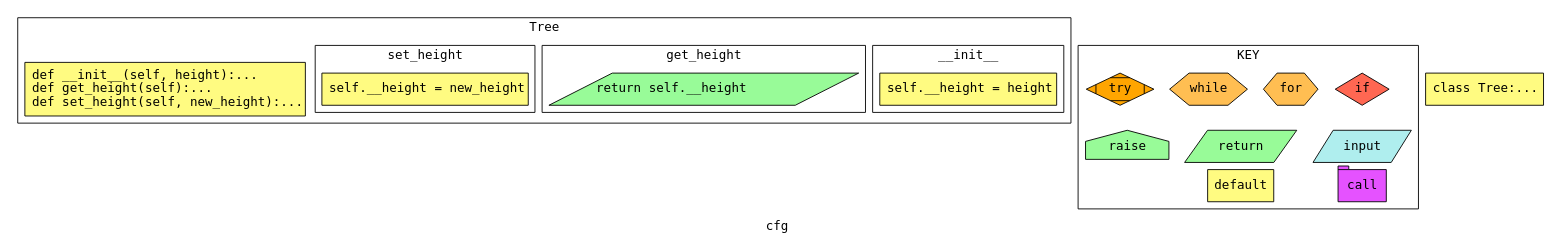
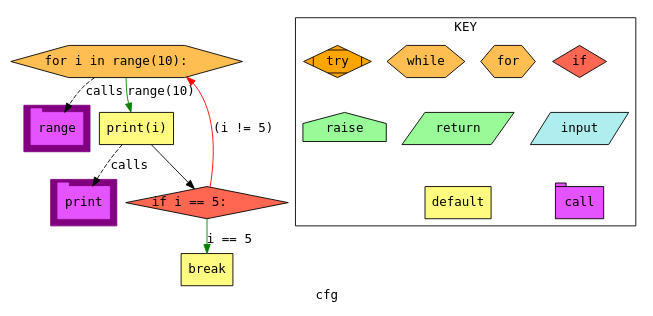
Before and after one commit to vierifirdaus/Tugas_Akhir: the diagram in testing/output/cfg.dot, drawn with Graphviz. The commit also changed 12 other files, not shown here.

```diff
--- a/testing/output/cfg.dot
+++ b/testing/output/cfg.dot
@@ -1,187 +1,184 @@
 digraph cluster0cfg {
-	graph [bb="0,0,1383.8,259.62",
+	graph [bb="0,0,610,342.25",
 		compound=True,
 		fontname="DejaVu Sans Mono",
 		label=cfg,
 		lheight=0.24,
-		lp="691.88,12.625",
+		lp="305,12.625",
 		lwidth=0.26,
 		pack=False,
 		rankdir=TB,
 		ranksep=0.02
 	];
 	node [fontname="DejaVu Sans Mono",
 		label="\N"
 	];
 	edge [fontname="DejaVu Sans Mono"];
-	subgraph cluster0Tree {
-		graph [bb="103.75,129.25,1033.8,251.62",
-			compound=True,
+	subgraph cluster_1 {
+		graph [bb="8,179.75,78,231.75",
+			color=purple,
+			compound=true,
 			fontname="DejaVu Sans Mono",
-			label=Tree,
-			lheight=0.24,
-			lp="568.75,239",
-			lwidth=0.38,
-			pack=False,
+			label="",
 			rankdir=TB,
-			ranksep=0.02
+			ranksep=0.02,
+			shape=tab,
+			style=filled
 		];
 		node [fontname="DejaVu Sans Mono"];
 		edge [fontname="DejaVu Sans Mono"];
-		subgraph cluster0__init__ {
-			graph [bb="111.75,141.12,277.75,218.38",
-				compound=True,
-				fontname="DejaVu Sans Mono",
-				label=__init__,
-				lheight=0.24,
-				lp="194.75,205.75",
-				lwidth=0.67,
-				pack=False,
-				rankdir=TB,
-				ranksep=0.02
-			];
-			node [fontname="DejaVu Sans Mono"];
-			edge [fontname="DejaVu Sans Mono"];
-			5	[fillcolor="#FFFB81",
-				height=0.5,
-				label="self.__height = height\l",
-				pos="194.75,167.12",
-				shape=rectangle,
-				style="filled,solid",
-				width=2.0764];
-		}
-		subgraph cluster0get_height {
-			graph [bb="285.75,141.12,577.75,218.38",
-				compound=True,
-				fontname="DejaVu Sans Mono",
-				label=get_height,
-				lheight=0.24,
-				lp="431.75,205.75",
-				lwidth=0.90,
-				pack=False,
-				rankdir=TB,
-				ranksep=0.02
-			];
-			node [fontname="DejaVu Sans Mono"];
-			edge [fontname="DejaVu Sans Mono"];
-			8	[fillcolor="#98fb98",
-				height=0.5,
-				label="return self.__height\l",
-				pos="431.75,167.12",
-				shape=parallelogram,
-				style="filled,solid",
-				width=3.8426];
-		}
-		subgraph cluster0set_height {
-			graph [bb="585.75,141.12,783.75,218.38",
-				compound=True,
-				fontname="DejaVu Sans Mono",
-				label=set_height,
-				lheight=0.24,
-				lp="684.75,205.75",
-				lwidth=0.88,
-				pack=False,
-				rankdir=TB,
-				ranksep=0.02
-			];
-			node [fontname="DejaVu Sans Mono"];
-			edge [fontname="DejaVu Sans Mono"];
-			12	[fillcolor="#FFFB81",
-				height=0.5,
-				label="self.__height = new_height\l",
-				pos="684.75,167.12",
-				shape=rectangle,
-				style="filled,solid",
-				width=2.5347];
-		}
-		3	[fillcolor="#FFFB81",
-			height=0.82986,
-			label="def __init__(self, height):...\ldef get_height(self):...\ldef set_height(self, new_height):...\l",
-			pos="909.75,167.12",
-			shape=rectangle,
-			style="filled,solid",
-			width=3.2118];
+		2	[color="#E552FF",
+			height=0.5,
+			label=range,
+			pos="43,205.75",
+			shape=tab,
+			style=filled,
+			width=0.75];
+	}
+	subgraph cluster_3 {
+		graph [bb="34,94.5,104,146.5",
+			color=purple,
+			compound=true,
+			fontname="DejaVu Sans Mono",
+			label="",
+			rankdir=TB,
+			ranksep=0.02,
+			shape=tab,
+			style=filled
+		];
+		node [fontname="DejaVu Sans Mono"];
+		edge [fontname="DejaVu Sans Mono"];
+		5	[color="#E552FF",
+			height=0.5,
+			label=print,
+			pos="69,120.5",
+			shape=tab,
+			style=filled,
+			width=0.75];
 	}
 	subgraph cluster_KEY {
-		graph [bb="1041.8,33.25,1375.8,218.38",
+		graph [bb="268,94.5,602,334.25",
 			fontname="DejaVu Sans Mono",
 			label=KEY,
 			lheight=0.24,
-			lp="1208.8,205.75",
+			lp="435,321.62",
 			lwidth=0.33
 		];
 		node [fontname="DejaVu Sans Mono"];
 		edge [fontname="DejaVu Sans Mono"];
 		input	[fillcolor="#afeeee",
 			height=0.5,
-			pos="1096.8,103.25",
+			pos="323,205.75",
 			shape=parallelogram,
 			style=filled,
 			width=1.3142];
 		call	[fillcolor="#E552FF",
 			height=0.5,
-			pos="1096.8,59.25",
+			pos="323,120.5",
 			shape=tab,
 			style=filled,
 			width=0.75];
-		input -> call	[pos="e,1096.8,77.727 1096.8,85.167 1096.8,85.014 1096.8,84.86 1096.8,84.706",
+		input -> call	[pos="e,323,138.73 323,187.5 323,176.67 323,162.45 323,149.98",
 			style=invis];
 		default	[fillcolor="#FFFB81",
 			height=0.5,
-			pos="1216.8,59.25",
+			pos="443,120.5",
 			shape=rectangle,
 			style=filled,
 			width=0.80556];
 		if	[fillcolor="#FF6752",
 			height=0.5,
-			pos="1091.8,167.12",
+			pos="318,283",
 			shape=diamond,
 			style=filled,
 			width=0.75];
-		if -> input	[pos="e,1095.3,121.74 1093.1,149.54 1093.5,144.44 1094,138.67 1094.4,133",
+		if -> input	[pos="e,321.84,224.19 319.11,265.3 319.69,256.52 320.42,245.52 321.09,235.43",
 			style=invis];
 		for	[fillcolor="#FFBE52",
 			height=0.5,
-			pos="1163.8,167.12",
+			pos="390,283",
 			shape=hexagon,
 			style=filled,
 			width=0.75];
 		return	[fillcolor="#98fb98",
 			height=0.5,
-			pos="1216.8,103.25",
+			pos="443,205.75",
 			shape=parallelogram,
 			style=filled,
 			width=1.5285];
-		for -> return	[pos="e,1201.8,121.74 1178,149.54 1183,143.64 1188.8,136.83 1194.4,130.32",
+		for -> return	[pos="e,430.77,224.11 402.29,264.55 408.78,255.33 416.88,243.83 424.15,233.52",
 			style=invis];
 		while	[fillcolor="#FFBE52",
 			height=0.5,
-			pos="1246.8,167.12",
+			pos="473,283",
 			shape=hexagon,
 			style=filled,
 			width=1.0687];
-		return -> default	[pos="e,1216.8,77.727 1216.8,85.167 1216.8,85.014 1216.8,84.86 1216.8,84.706",
+		return -> default	[pos="e,443,138.73 443,187.5 443,176.67 443,162.45 443,149.98",
 			style=invis];
 		try	[fillcolor=orange,
 			height=0.5,
-			pos="1335.8,167.12",
+			pos="562,283",
 			shape=Mdiamond,
 			style=filled,
 			width=0.89559];
 		raise	[fillcolor="#98fb98",
 			height=0.5,
-			pos="1328.8,103.25",
+			pos="555,205.75",
 			shape=house,
 			style=filled,
 			width=1.0899];
-		try -> raise	[pos="e,1330.7,121.05 1333.9,149.87 1333.3,144.46 1332.6,138.27 1331.9,132.23",
+		try -> raise	[pos="e,556.57,223.66 560.45,265.3 559.62,256.4 558.58,245.21 557.63,235",
 			style=invis];
 	}
-	1	[fillcolor="#FFFB81",
+	1	[fillcolor="#FFBE52",
 		height=0.5,
-		label="class Tree:...\l",
-		pos="47.75,167.12",
+		label="for i in range(10):\l",
+		pos="111,283",
+		shape=hexagon,
+		style="filled,solid",
+		width=2.8406];
+	1 -> 2	[label=calls,
+		lp="93.875,248.38",
+		pos="e,54.314,223.83 88.648,264.56 85.897,262.12 83.196,259.56 80.75,257 73.786,249.71 66.931,241.13 61.012,233.15",
+		style=dashed];
+	3	[fillcolor="#FFFB81",
+		height=0.5,
+		label="print(i)\l",
+		pos="117,205.75",
 		shape=rectangle,
 		style="filled,solid",
-		width=1.3264];
+		width=0.79514];
+	1 -> 3	[color=green,
+		label="range(10)",
+		lp="142.62,248.38",
+		pos="e,114.11,224.18 111.07,264.71 111.21,257.05 111.54,247.94 112.25,239.75 112.37,238.32 112.52,236.86 112.68,235.39"];
+	3 -> 5	[label=calls,
+		lp="110.42,163.12",
+		pos="e,78.933,138.73 107.05,187.5 100.55,176.23 91.93,161.27 84.535,148.44",
+		style=dashed];
+	6	[fillcolor="#FF6752",
+		height=0.5,
+		label="if i == 5:\l",
+		pos="187,120.5",
+		shape=diamond,
+		style="filled,solid",
+		width=2.0323];
+	3 -> 6	[color=black,
+		pos="e,174.85,135.95 131.5,187.5 141.92,175.12 156.06,158.29 167.47,144.73"];
+	6 -> 1	[color=red,
+		label="(i != 5)",
+		lp="216.32,205.75",
+		pos="e,164.38,265.53 190.29,138.02 194.81,165.65 199.6,221.67 173,257 172.85,257.2 172.69,257.4 172.54,257.6"];
+	7	[fillcolor="#FFFB81",
+		height=0.5,
+		label="break\l",
+		pos="187,43.25",
+		shape=rectangle,
+		style="filled,solid",
+		width=0.75];
+	6 -> 7	[color=green,
+		label="i == 5",
+		lp="207.25,77.875",
+		pos="e,187,61.608 187,102.05 187,93.404 187,82.745 187,72.945"];
 }
```
